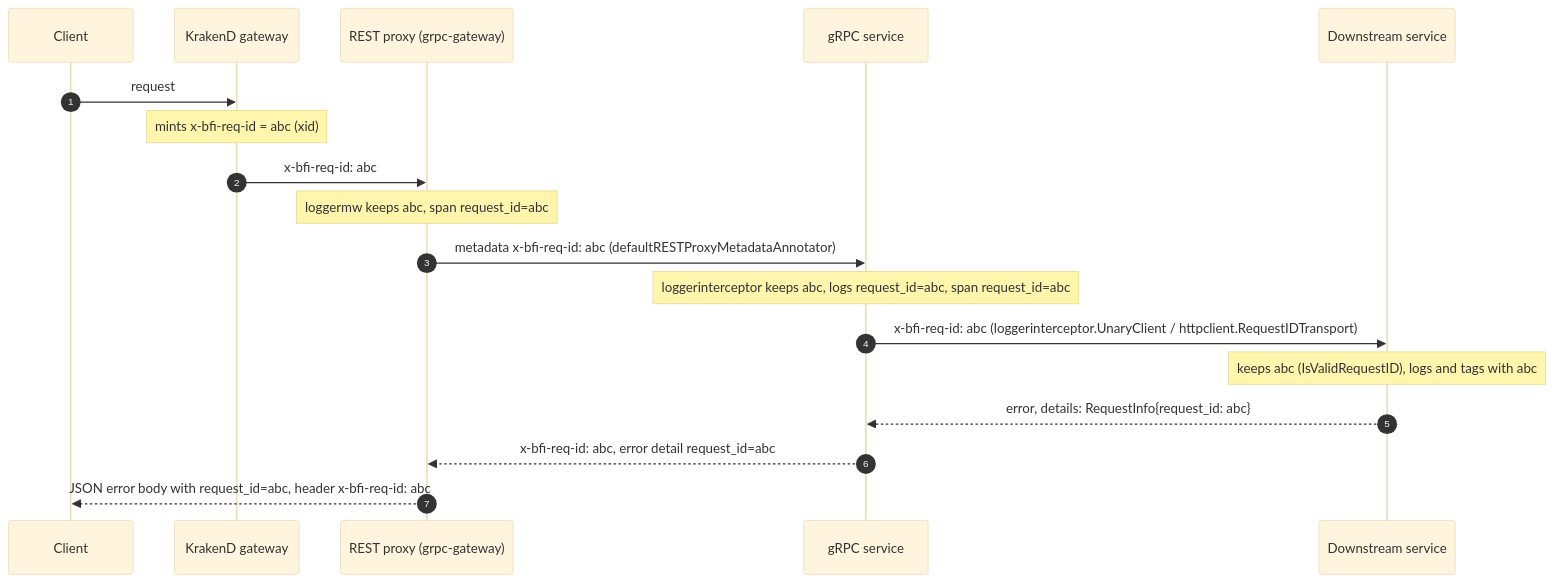
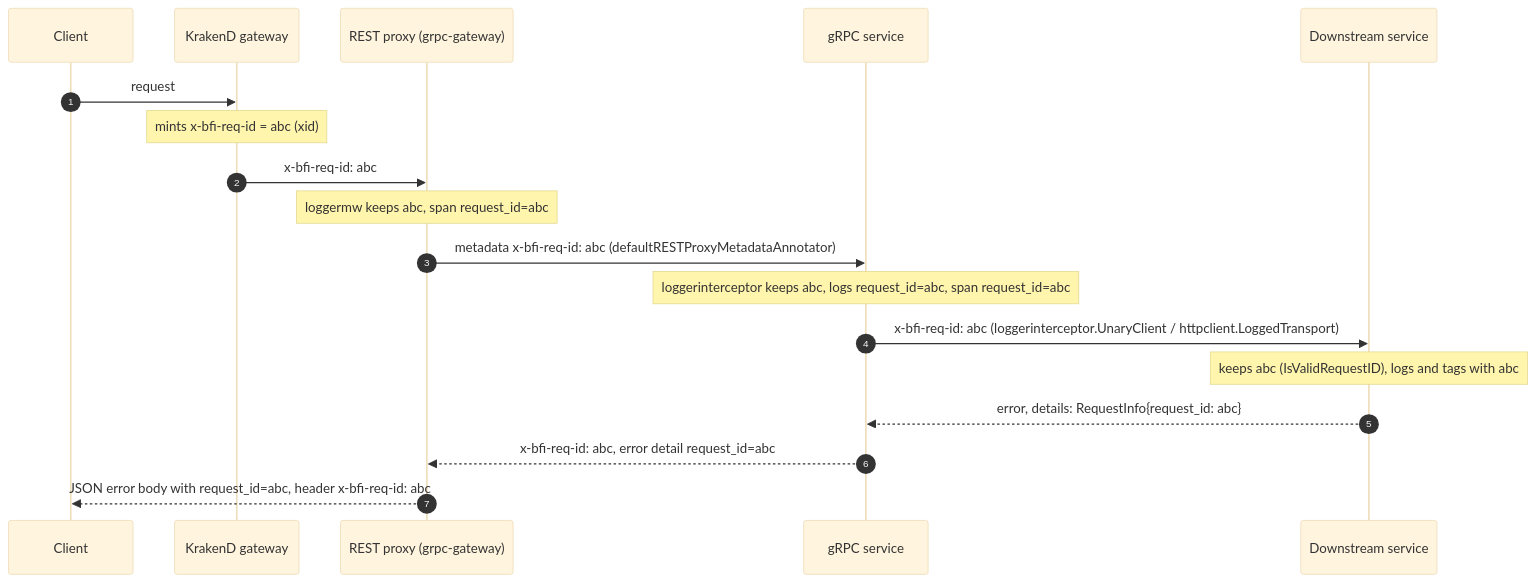
One commit to alaksmana-mso/bravo-analysis changed the second of 9 diagrams in docs/logging/README.md. Above: the diagram before and after it, drawn with Mermaid (base theme). The commit also changed other lines of this file and 2 other files, not shown here.

Commit message:
docs(logging): request id forwarding now lives in LoggedTransport (bfi-go-pkg#185 1e5581f)
RequestIDTransport and WithoutRequestIDForwarding were removed after review.

````diff
--- a/docs/logging/README.md
+++ b/docs/logging/README.md
@@ -86,20 +86,20 @@
 ```mermaid
 sequenceDiagram
     autonumber
     participant C as Client
     participant G as KrakenD gateway
     participant P as REST proxy (grpc-gateway)
     participant S as gRPC service
     participant D as Downstream service
     C->>G: request
     Note over G: mints x-bfi-req-id = abc (xid)
     G->>P: x-bfi-req-id: abc
     Note over P: loggermw keeps abc, span request_id=abc
     P->>S: metadata x-bfi-req-id: abc (defaultRESTProxyMetadataAnnotator)
     Note over S: loggerinterceptor keeps abc, logs request_id=abc, span request_id=abc
-    S->>D: x-bfi-req-id: abc (loggerinterceptor.UnaryClient / httpclient.RequestIDTransport)
+    S->>D: x-bfi-req-id: abc (loggerinterceptor.UnaryClient / httpclient.LoggedTransport)
     Note over D: keeps abc (IsValidRequestID), logs and tags with abc
     D-->>S: error, details: RequestInfo{request_id: abc}
     S-->>P: x-bfi-req-id: abc, error detail request_id=abc
     P-->>C: JSON error body with request_id=abc, header x-bfi-req-id: abc
 ```
````
